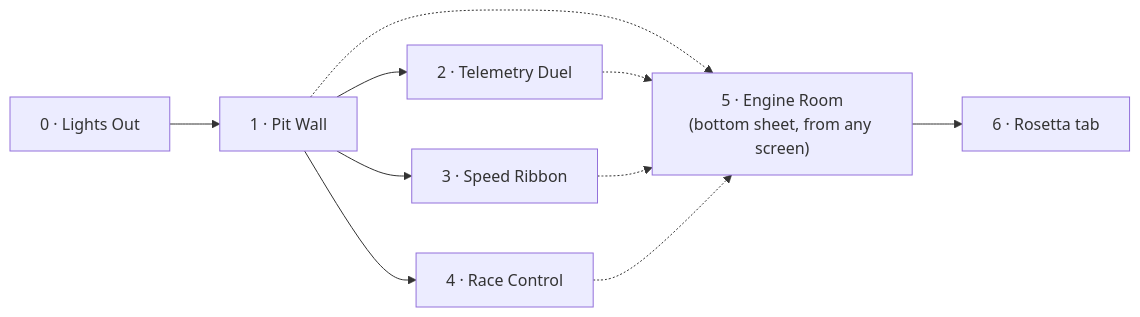
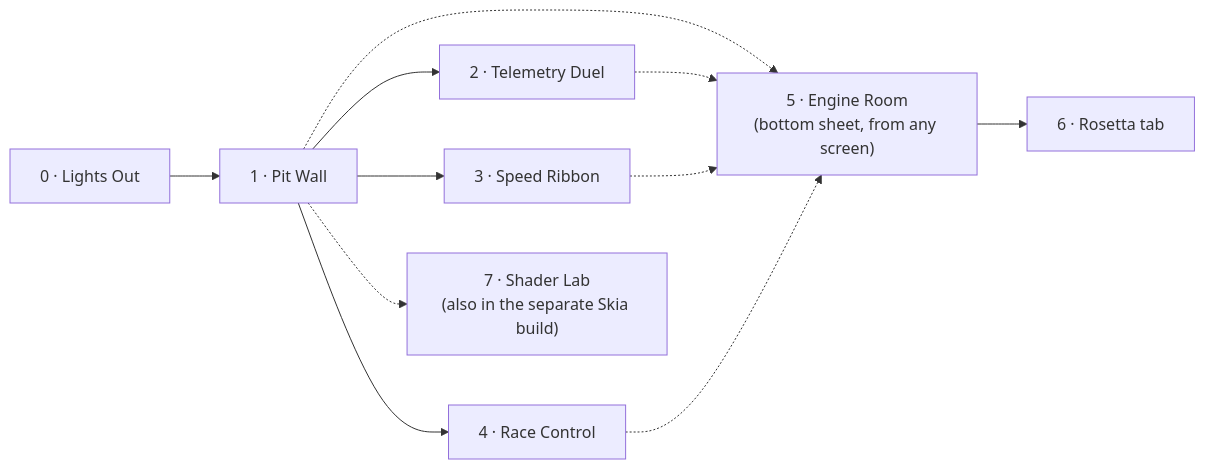
Before and after one commit to cm-collins/fluttercon-demo-app: the first of 2 diagrams in docs/design/screens.md, drawn with Mermaid. The commit also changed other lines of this file and 12 other files, not shown here.

First line of the commit message:
📝 docs: add shared talk vocabulary and a live Skia vs Impeller Shader Lab

````diff
--- a/docs/design/screens.md
+++ b/docs/design/screens.md
@@ -8,12 +8,13 @@
 ```mermaid
 flowchart LR
     lights["0 · Lights Out"] --> pitwall["1 · Pit Wall"]
     pitwall --> duel["2 · Telemetry Duel"]
     pitwall --> ribbon["3 · Speed Ribbon"]
     pitwall --> control["4 · Race Control"]
     pitwall -.-> room["5 · Engine Room<br/>(bottom sheet, from any screen)"]
     duel -.-> room
     ribbon -.-> room
     control -.-> room
     room --> rosetta["6 · Rosetta tab"]
+    pitwall -.-> lab["7 · Shader Lab<br/>(also in the separate Skia build)"]
 ```
````
